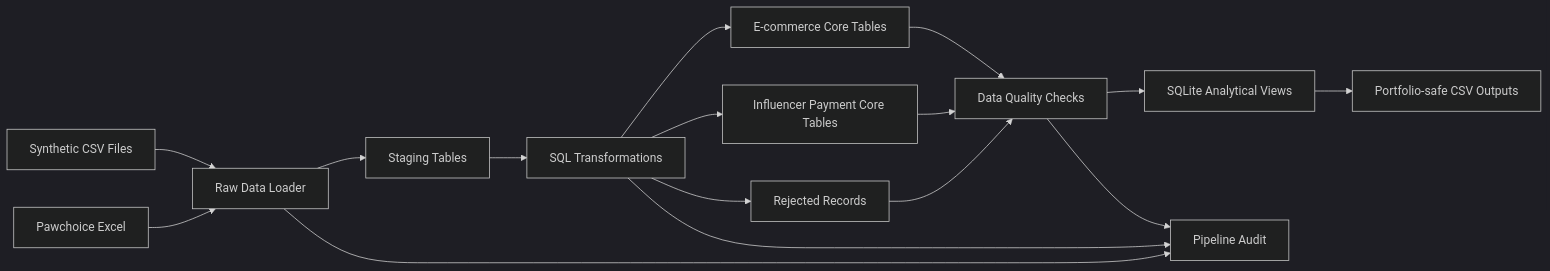
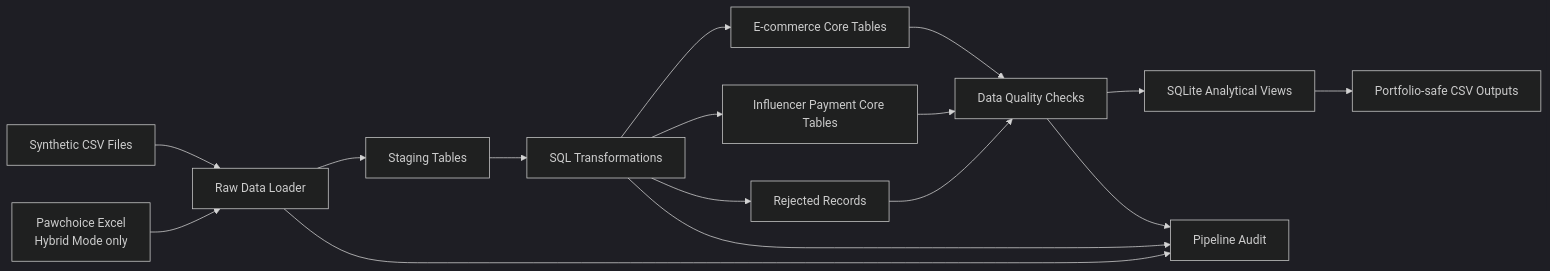
The diagram in README.md (bodinkc30-Pete/sql-ecommerce-data-engineering), drawn with Mermaid (dark theme) before and after one commit. The commit also changed other lines of this file and 3 other files, not shown here.

````diff
--- a/README.md
+++ b/README.md
@@ -37,24 +40,24 @@
 ```mermaid
 flowchart LR
 
     A1[Synthetic CSV Files] --> B[Raw Data Loader]
-    A2[Pawchoice Excel] --> B
+    A2[Pawchoice Excel<br/>Hybrid Mode only] --> B
 
     B --> C1[Staging Tables]
     C1 --> D[SQL Transformations]
 
     D --> E1[E-commerce Core Tables]
     D --> E2[Influencer Payment Core Tables]
     D --> E3[Rejected Records]
 
     E1 --> F[Data Quality Checks]
     E2 --> F
     E3 --> F
 
     F --> G[SQLite Analytical Views]
     G --> H[Portfolio-safe CSV Outputs]
 
     B --> I[Pipeline Audit]
     D --> I
     F --> I
 ```
````
